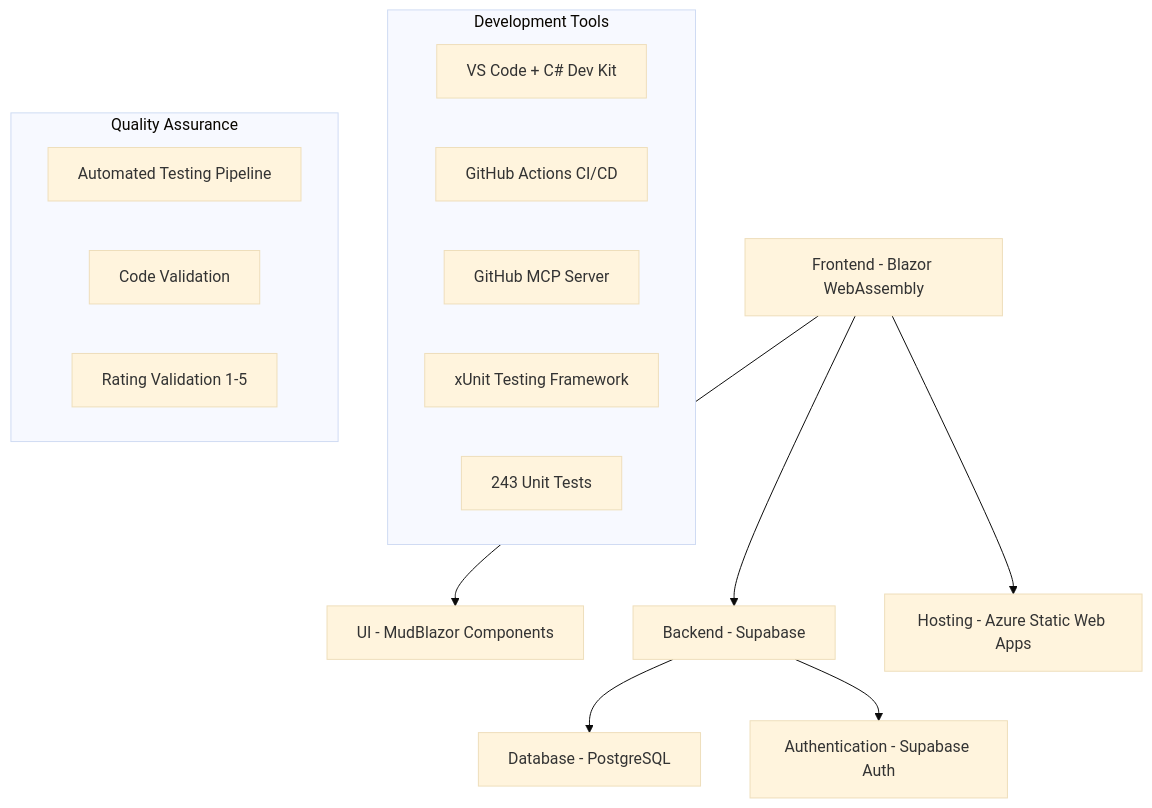
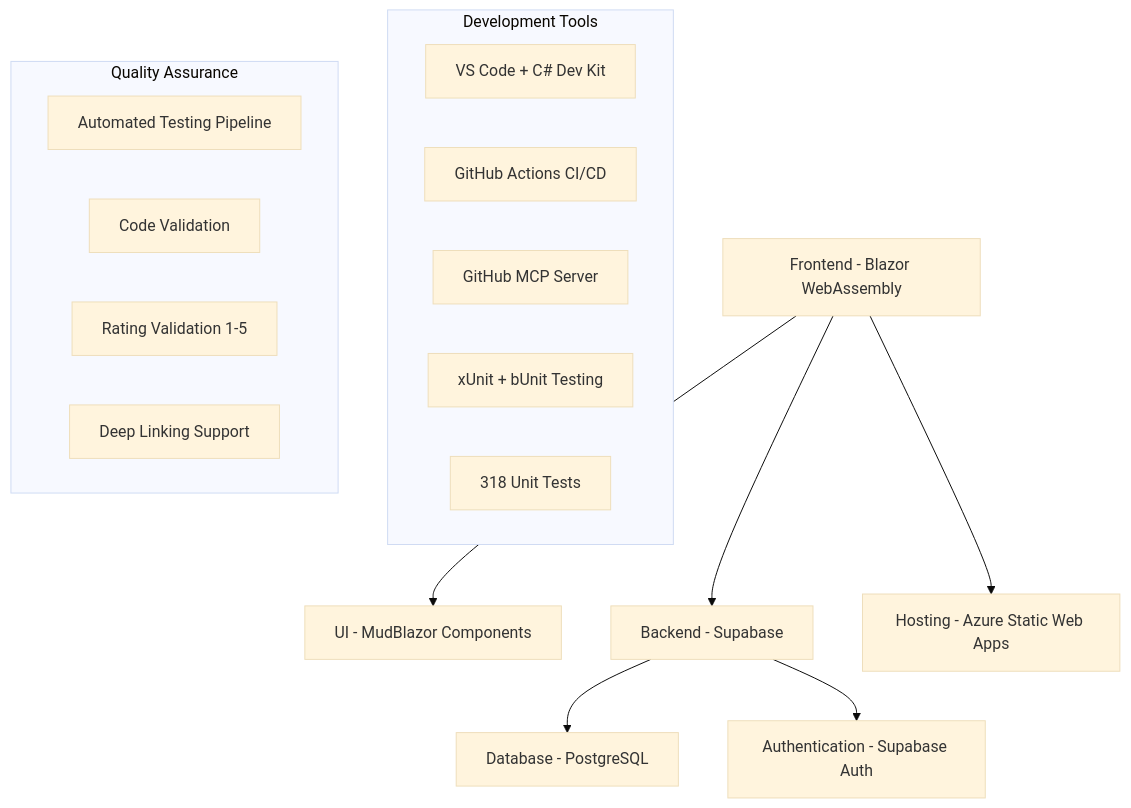
Before and after one commit to mongeon/RecettesIndex: the first of 4 diagrams in docs/README.md, drawn with Mermaid (base theme). The commit also changed other lines of this file and 5 other files, not shown here.

````diff
--- a/docs/README.md
+++ b/docs/README.md
@@ -29,22 +29,23 @@
 ```mermaid
 graph TB
     A[Frontend - Blazor WebAssembly] --> B[UI - MudBlazor Components]
     A --> C[Backend - Supabase]
     C --> D[Database - PostgreSQL]
     C --> E[Authentication - Supabase Auth]
     A --> F[Hosting - Azure Static Web Apps]
     
     subgraph "Development Tools"
         G[VS Code + C# Dev Kit]
         H[GitHub Actions CI/CD]
         I[GitHub MCP Server]
-        J[xUnit Testing Framework]
-        K[243 Unit Tests]
+        J[xUnit + bUnit Testing]
+        K[318 Unit Tests]
     end
     
     subgraph "Quality Assurance"
         L[Automated Testing Pipeline]
         M[Code Validation]
         N[Rating Validation 1-5]
+        O[Deep Linking Support]
     end
 ```
````
